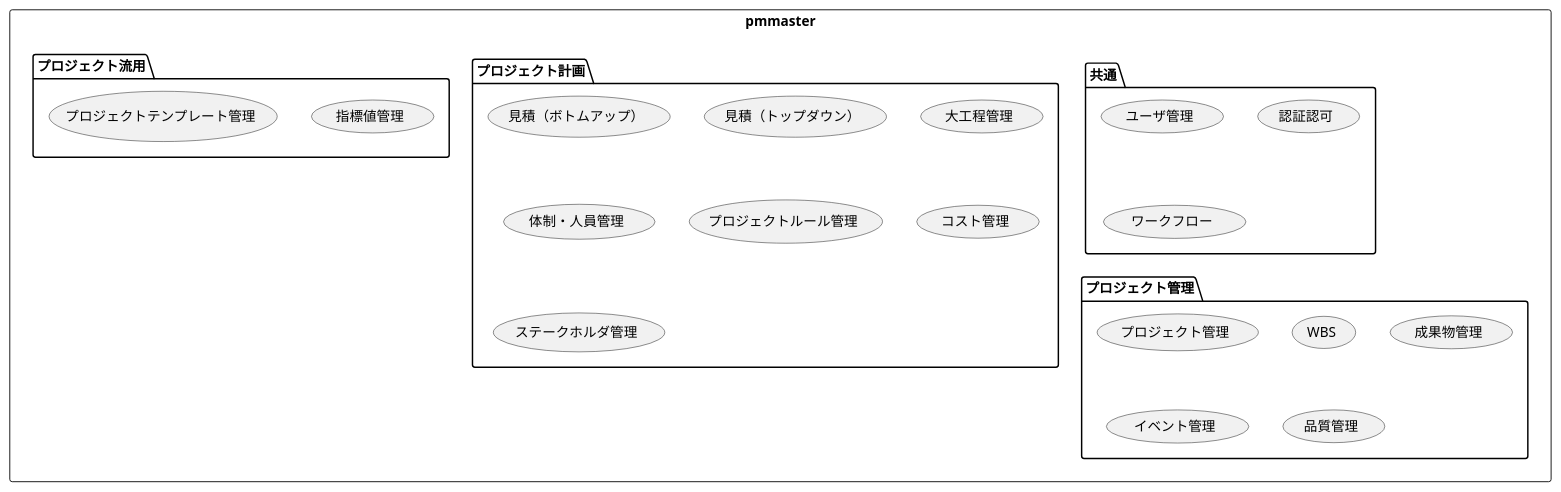
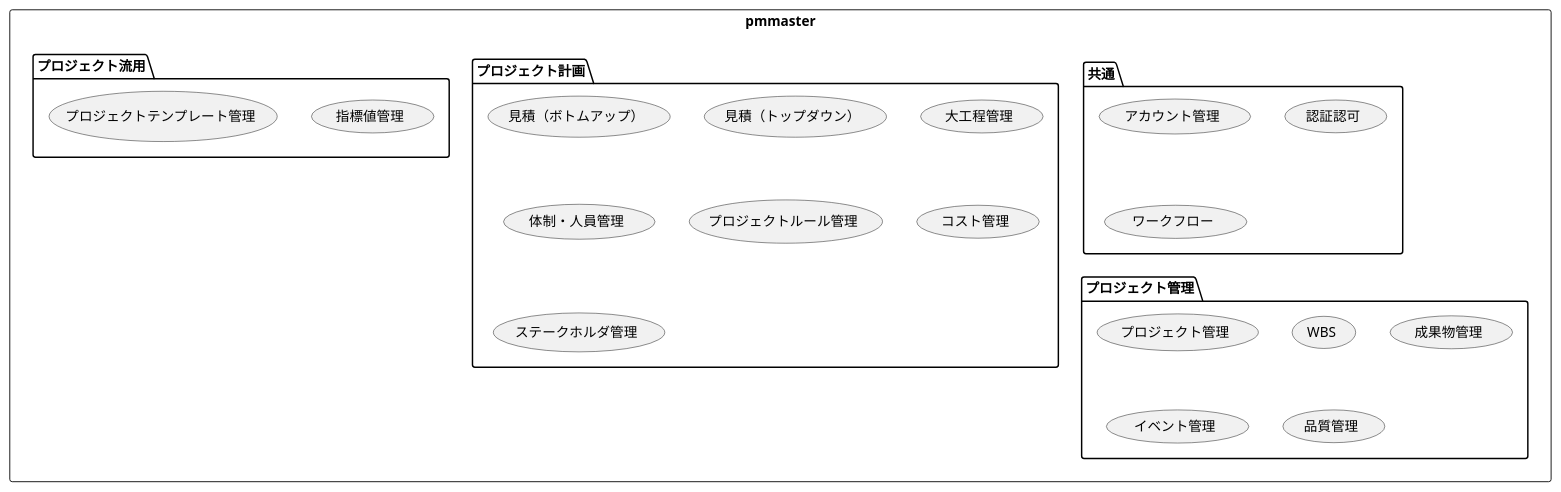
Before and after one commit to ponta-dev/pmmaster: the diagram in design/RD/UC_0_大機能.pu, drawn with PlantUML. The commit also changed 2 other files, not shown here.

```diff
--- a/design/RD/UC_0_大機能.pu
+++ b/design/RD/UC_0_大機能.pu
@@ -1,38 +1,38 @@
 @startuml "大機能"
 
 rectangle pmmaster {
     '大機能'
 
     package PK_01 as "共通" {
-        usecase FN_0101 as "ユーザ管理"
+        usecase FN_0101 as "アカウント管理"
         usecase FN_0102 as "認証認可"
         usecase FN_0103 as "ワークフロー"
     }
 
     package PK_02 as "プロジェクト計画" {
         usecase FN_0201 as "見積（ボトムアップ）"
         usecase FN_0202 as "見積（トップダウン）"
         usecase FN_0203 as "大工程管理"
         usecase FN_0204 as "体制・人員管理"
         usecase FN_0205 as "プロジェクトルール管理"
         usecase FN_0206 as "コスト管理"
         usecase FN_0207 as "ステークホルダ管理"
     }
 
     package PK_03 as "プロジェクト管理" {
         usecase FN_0301 as "プロジェクト管理"
         usecase FN_0302 as "WBS"
         usecase FN_0303 as "成果物管理"
         usecase FN_0304 as "イベント管理"
         usecase FN_0305 as "リスク管理"
         usecase FN_0305 as "品質管理"
     }
 
     package PK_04 as "プロジェクト流用" {
         usecase FN_0401 as "指標値管理"
         usecase FN_0402 as "プロジェクトテンプレート管理"
     }
 
 }
 
 @enduml
```
